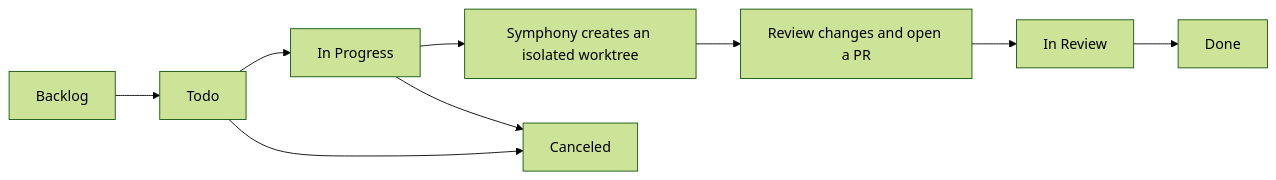
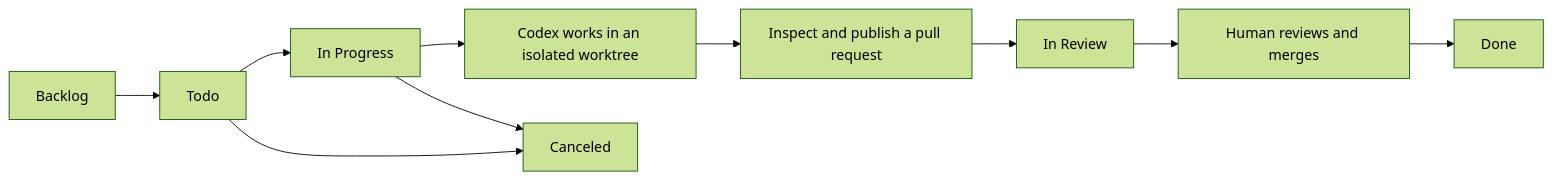
The diagram in README.md (pmrrasmussen/symphony), drawn with Mermaid (forest theme) before and after one commit. The commit also changed other lines of this file, not shown here.

Commit message:
Clarify Symphony pull request lifecycle

````diff
--- a/README.md
+++ b/README.md
@@ -17,11 +18,12 @@
 ```mermaid
 flowchart LR
     B[Backlog] --> T[Todo]
     T --> I[In Progress]
-    I --> W[Symphony creates an isolated worktree]
-    W --> R[Review changes and open a PR]
-    R --> V[In Review]
-    V --> D[Done]
+    I --> W[Codex works in an isolated worktree]
+    W --> P[Inspect and publish a pull request]
+    P --> V[In Review]
+    V --> M[Human reviews and merges]
+    M --> D[Done]
     T --> C[Canceled]
     I --> C
 ```
````
